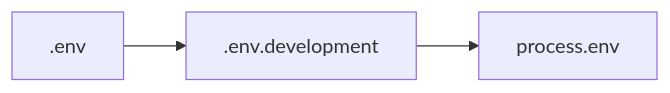
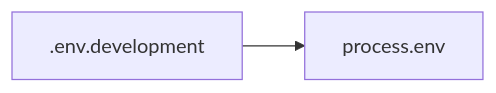
One commit to mansourhaa/matchyplus-site-test-front-end changed the second of 2 diagrams in doc/setup/environment-variables.md. Above: the diagram before and after it, drawn with Mermaid. The commit also changed 4 other files, not shown here.

````diff
--- a/doc/setup/environment-variables.md
+++ b/doc/setup/environment-variables.md
@@ -52,4 +52,4 @@
 ```mermaid
 flowchart LR
-    A[".env"] --> B[".env.development"] --> C[process.env]
+    ED[".env.development"] --> C[process.env]
 ```
````
